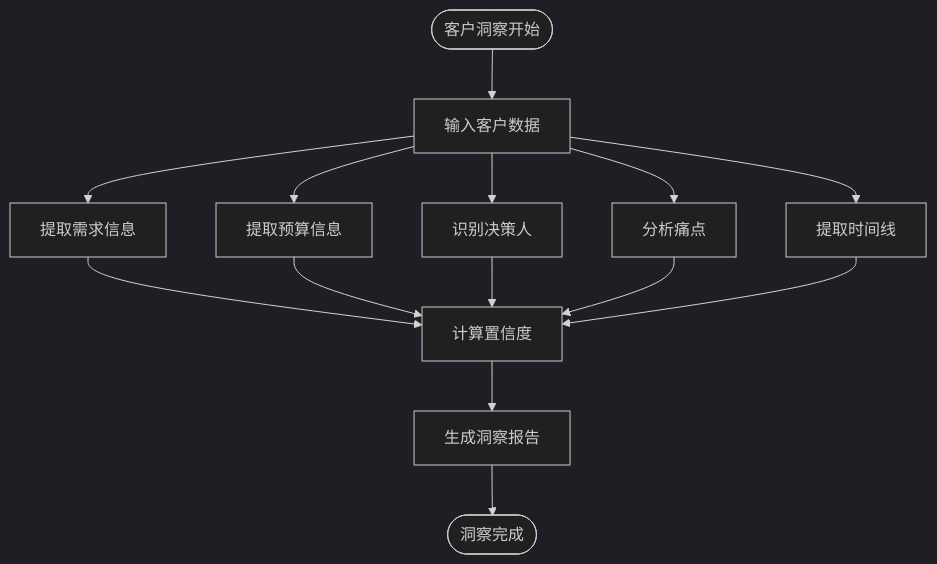
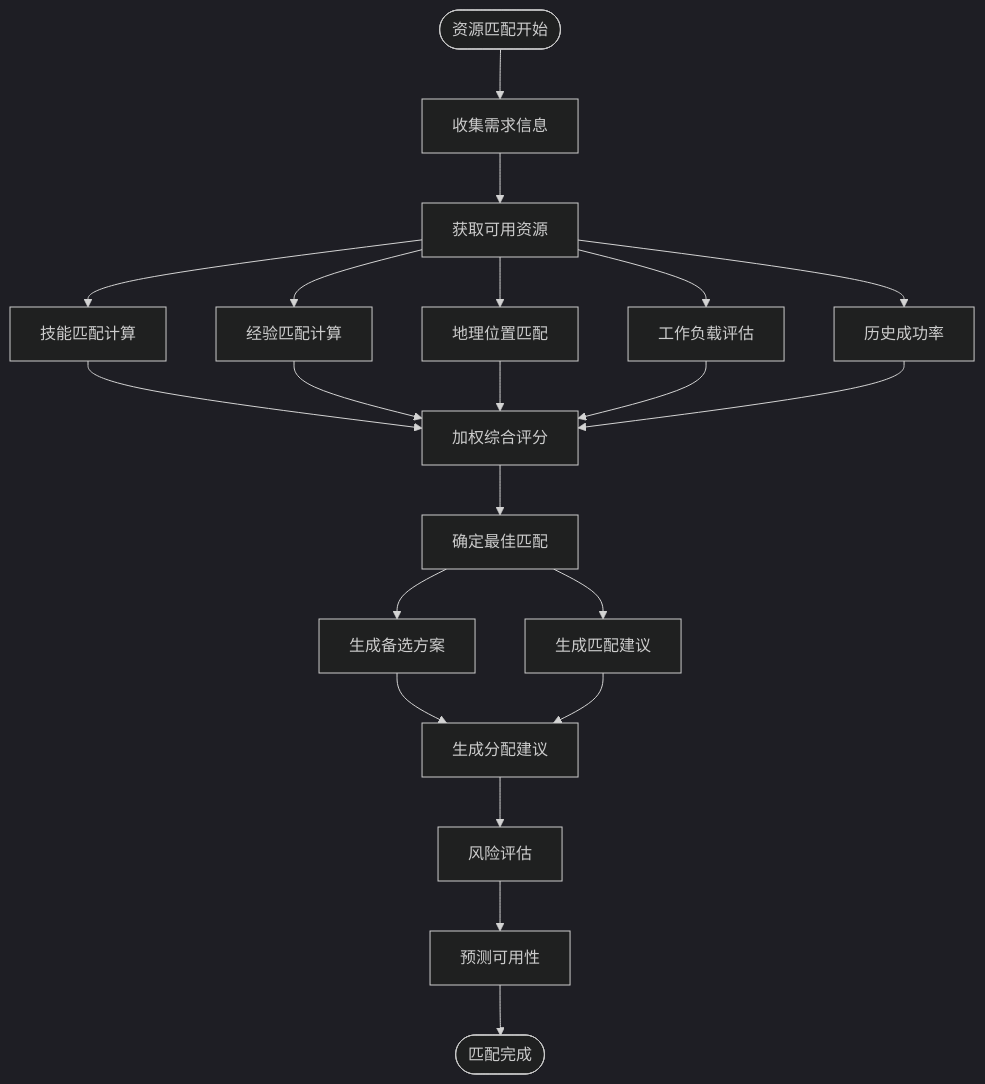
The seventh of 11 diagrams in .qoder/repowiki/zh/content/Ai Audio Analysis.md (xianjianshenqu/SalesFlow-CRM), drawn with Mermaid (dark theme) before and after one commit. The commit also changed other lines of this file and 28 other files, not shown here.

````diff
--- a/.qoder/repowiki/zh/content/Ai Audio Analysis.md
+++ b/.qoder/repowiki/zh/content/Ai Audio Analysis.md
@@ -358,16 +441,23 @@
 ```mermaid
 flowchart TD
-Start([客户洞察开始]) --> Input[输入客户数据]
-Input --> Extract[提取需求信息]
-Input --> Budget[提取预算信息]
-Input --> Decision[识别决策人]
-Input --> PainPoints[分析痛点]
-Input --> Timeline[提取时间线]
-Extract --> Confidence[计算置信度]
-Budget --> Confidence
-Decision --> Confidence
-PainPoints --> Confidence
-Timeline --> Confidence
-Confidence --> Insights[生成洞察报告]
-Insights --> End([洞察完成])
+Start([资源匹配开始]) --> Input[收集需求信息]
+Input --> Available[获取可用资源]
+Available --> SkillMatch[技能匹配计算]
+Available --> ExperienceMatch[经验匹配计算]
+Available --> LocationMatch[地理位置匹配]
+Available --> WorkloadFit[工作负载评估]
+Available --> SuccessHistory[历史成功率]
+SkillMatch --> WeightedScore[加权综合评分]
+ExperienceMatch --> WeightedScore
+LocationMatch --> WeightedScore
+WorkloadFit --> WeightedScore
+SuccessHistory --> WeightedScore
+WeightedScore --> BestMatch[确定最佳匹配]
+BestMatch --> Alternatives[生成备选方案]
+BestMatch --> Recommendations[生成匹配建议]
+Alternatives --> Assignment[生成分配建议]
+Recommendations --> Assignment
+Assignment --> RiskAssessment[风险评估]
+RiskAssessment --> PredictedAvailability[预测可用性]
+PredictedAvailability --> End([匹配完成])
 ```
````
